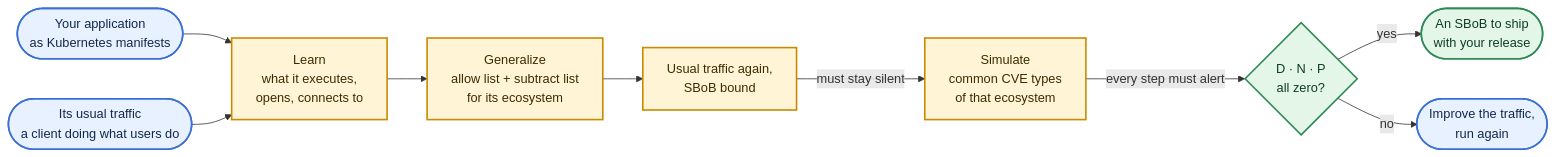
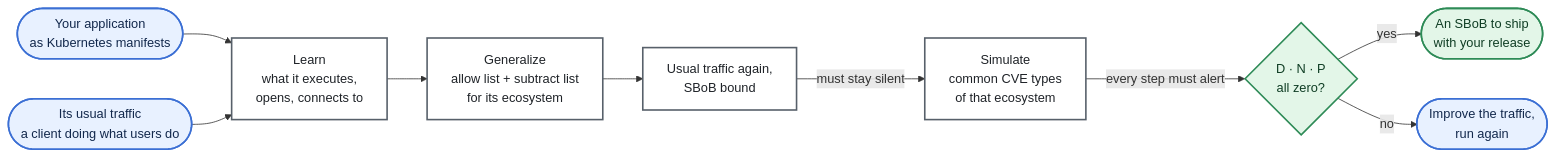
The diagram in README.md (k8sstormcenter/bob), drawn with Mermaid before and after one commit. The commit also changed other lines of this file, not shown here.

Commit message:
docs: README diagram without the yellow fill

````diff
--- a/README.md
+++ b/README.md
@@ -70,24 +70,24 @@
 ```mermaid
 flowchart LR
     app(["Your application<br/>as Kubernetes manifests"]):::bring
     traffic(["Its usual traffic<br/>a client doing what users do"]):::bring
     learn["Learn<br/>what it executes,<br/>opens, connects to"]:::tool
     gen["Generalize<br/>allow list + subtract list<br/>for its ecosystem"]:::tool
     replay["Usual traffic again,<br/>SBoB bound"]:::tool
     sim["Simulate<br/>common CVE types<br/>of that ecosystem"]:::tool
     kpi{"D · N · P<br/>all zero?"}:::outcome
     sbob(["An SBoB to ship<br/>with your release"]):::outcome
     fix(["Improve the traffic,<br/>run again"]):::bring
 
     app --> learn
     traffic --> learn
     learn --> gen --> replay
     replay -->|"must stay silent"| sim
     sim -->|"every step must alert"| kpi
     kpi -->|yes| sbob
     kpi -->|no| fix
 
     classDef bring fill:#e8f1ff,stroke:#3b6fd4,stroke-width:2px,color:#12284c
-    classDef tool fill:#fff4d6,stroke:#c98a00,stroke-width:2px,color:#3d2c00
+    classDef tool fill:#ffffff,stroke:#57606a,stroke-width:2px,color:#1f2328
     classDef outcome fill:#e3f6e8,stroke:#2e8b57,stroke-width:2px,color:#0f3d24
 ```
````
